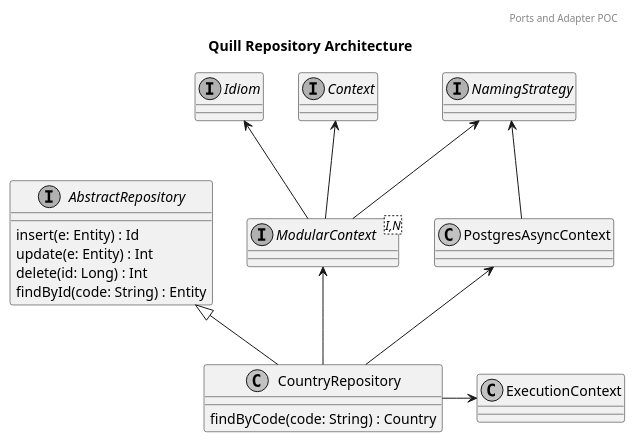
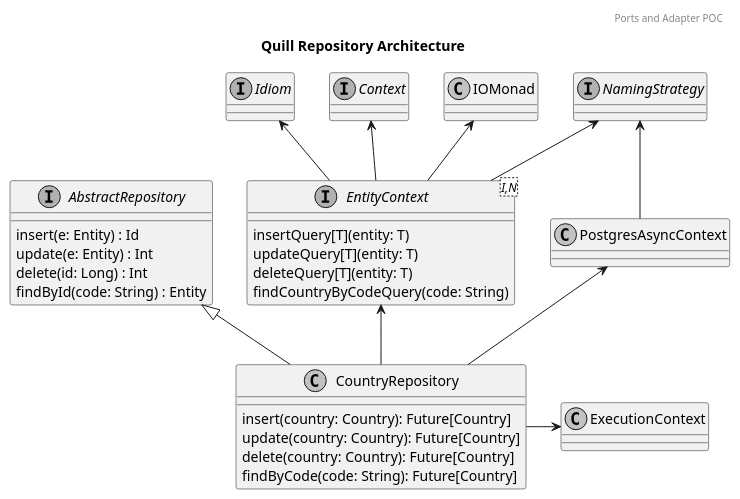
Before and after one commit to butcherless/incubator: the diagram in hexagonal/docs/quill-repository-architecture.puml, drawn with PlantUML. The commit also changed 1 other file, not shown here.

Commit message:
feature: add find airport by country query doc: review diagram

```diff
--- a/hexagonal/docs/quill-repository-architecture.puml
+++ b/hexagonal/docs/quill-repository-architecture.puml
@@ -1,33 +1,42 @@
 @startuml
 skinparam monochrome true
 skinparam BoxPadding 5
 header Ports and Adapter POC
 title Quill Repository Architecture
 
 interface Idiom
 interface NamingStrategy
 interface Context
 interface AbstractRepository {
   {method} insert(e: Entity) : Id
   {method} update(e: Entity) : Int
   {method} delete(id: Long) : Int
   {method} findById(code: String) : Entity
 }
-interface ModularContext <I,N>
-class     CountryRepository {
-  {method} findByCode(code: String) : Country
+interface EntityContext <I,N> {
+  {method} insertQuery[T](entity: T)
+  {method} updateQuery[T](entity: T)
+  {method} deleteQuery[T](entity: T)
+  {method} findCountryByCodeQuery(code: String)
+}
+class CountryRepository {
+  {method} insert(country: Country): Future[Country]
+  {method} update(country: Country): Future[Country]
+  {method} delete(country: Country): Future[Country]
+  {method} findByCode(code: String): Future[Country]
 }
 
-Context <-- ModularContext
-Idiom <-- ModularContext
-NamingStrategy <-- ModularContext
+Context <-- EntityContext
+Idiom <-- EntityContext
+IOMonad <-- EntityContext
+NamingStrategy <-- EntityContext
 
 NamingStrategy <-- PostgresAsyncContext
 
 AbstractRepository <|-- CountryRepository
-ModularContext <-- CountryRepository
+EntityContext <-- CountryRepository
 PostgresAsyncContext <-- CountryRepository
 
 CountryRepository -right-> ExecutionContext
 
 @enduml
```
